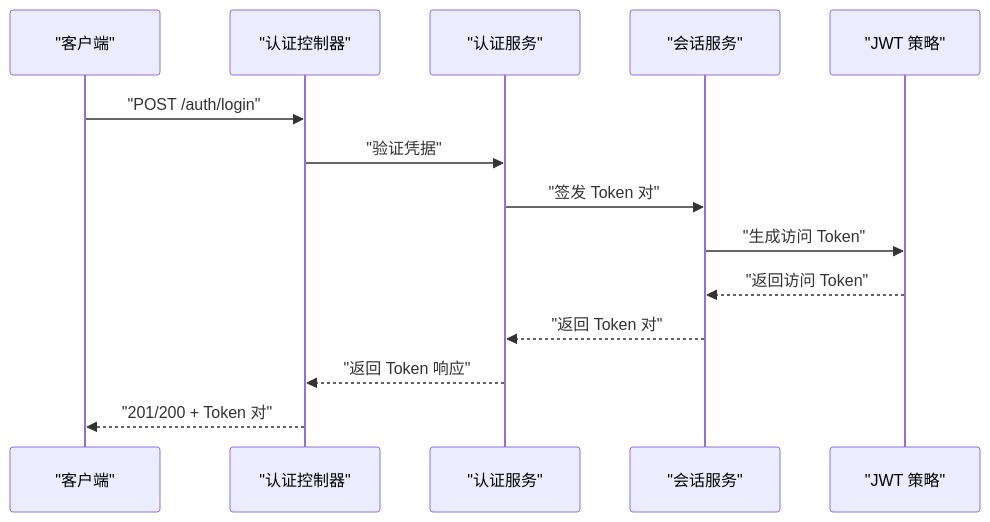
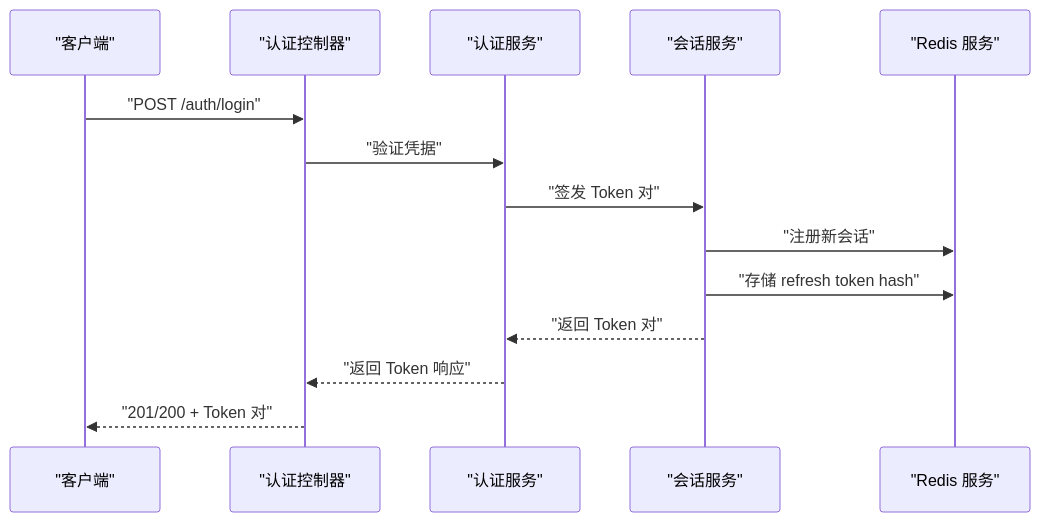
The fifth of 13 diagrams in .qoder/repowiki/zh/content/认证授权系统/JWT 认证机制.md (rc558620/purelyprofit-server), drawn with Mermaid before and after one commit. The commit also changed other lines of this file and 18 other files, not shown here.

````diff
--- a/.qoder/repowiki/zh/content/认证授权系统/JWT 认证机制.md
+++ b/.qoder/repowiki/zh/content/认证授权系统/JWT 认证机制.md
@@ -230,16 +215,16 @@
 ```mermaid
 sequenceDiagram
 participant Client as "客户端"
 participant Ctrl as "认证控制器"
 participant AuthSvc as "认证服务"
 participant SessionSvc as "会话服务"
-participant PassStrat as "JWT 策略"
+participant Redis as "Redis 服务"
 Client->>Ctrl : "POST /auth/login"
 Ctrl->>AuthSvc : "验证凭据"
 AuthSvc->>SessionSvc : "签发 Token 对"
-SessionSvc->>PassStrat : "生成访问 Token"
-PassStrat-->>SessionSvc : "返回访问 Token"
+SessionSvc->>Redis : "注册新会话"
+SessionSvc->>Redis : "存储 refresh token hash"
 SessionSvc-->>AuthSvc : "返回 Token 对"
 AuthSvc-->>Ctrl : "返回 Token 响应"
 Ctrl-->>Client : "201/200 + Token 对"
 ```
````
